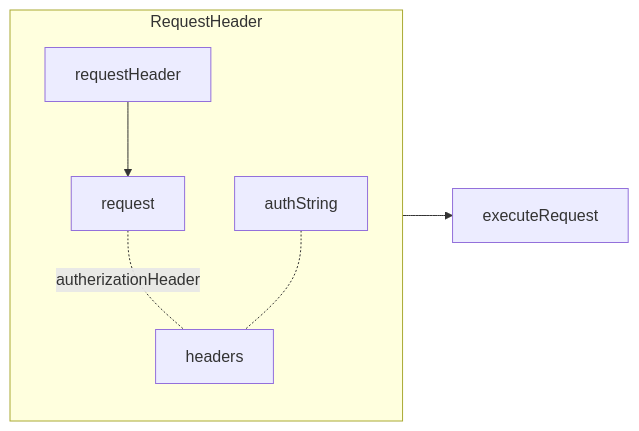
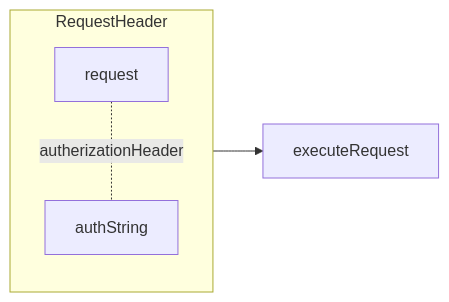
The fifth of 8 diagrams in newage/astro.md (gordianknotC/nxp_note), drawn with Mermaid before and after one commit. The commit also changed other lines of this file, not shown here.

````diff
--- a/newage/astro.md
+++ b/newage/astro.md
@@ -76,9 +76,7 @@
 ```mermaid
 graph LR
 	subgraph RequestHeader
-	request -.-|autherizationHeader| headers
-	authString -.- headers
-	requestHeader --> request
+	request -.-|autherizationHeader| authString 
 end
 RequestHeader --> executeRequest
 ```
````
